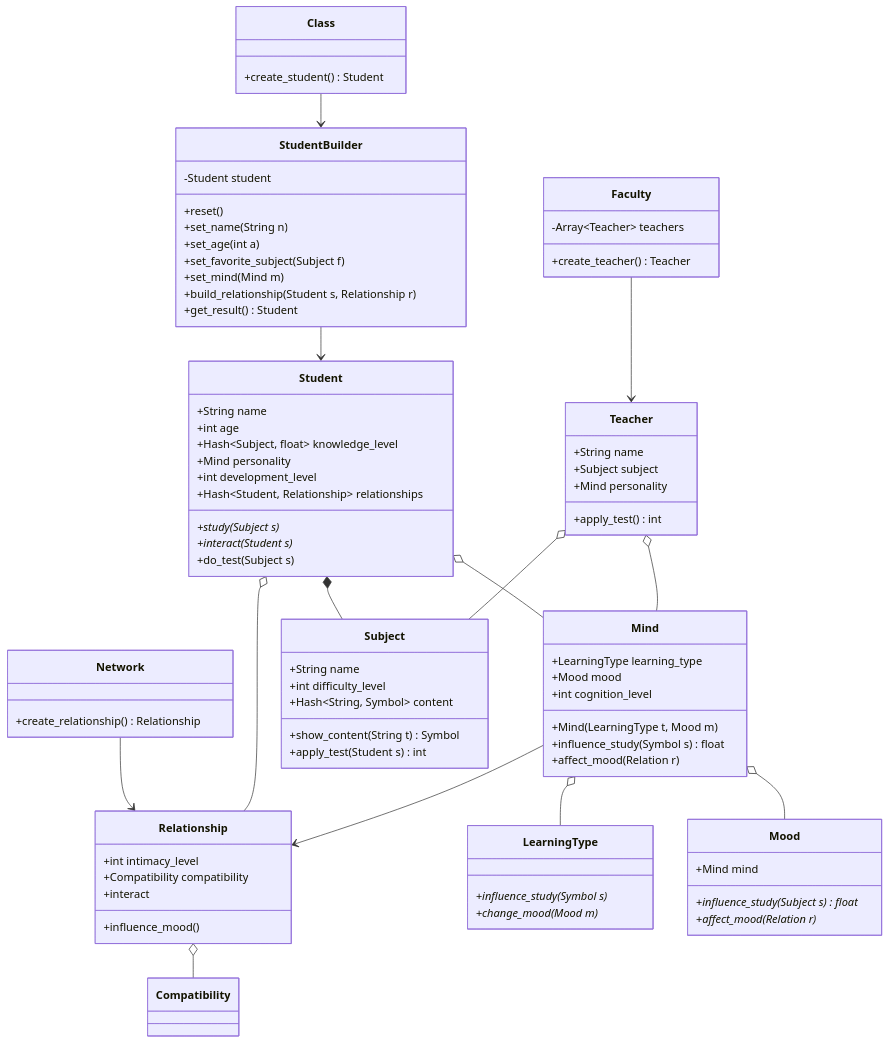
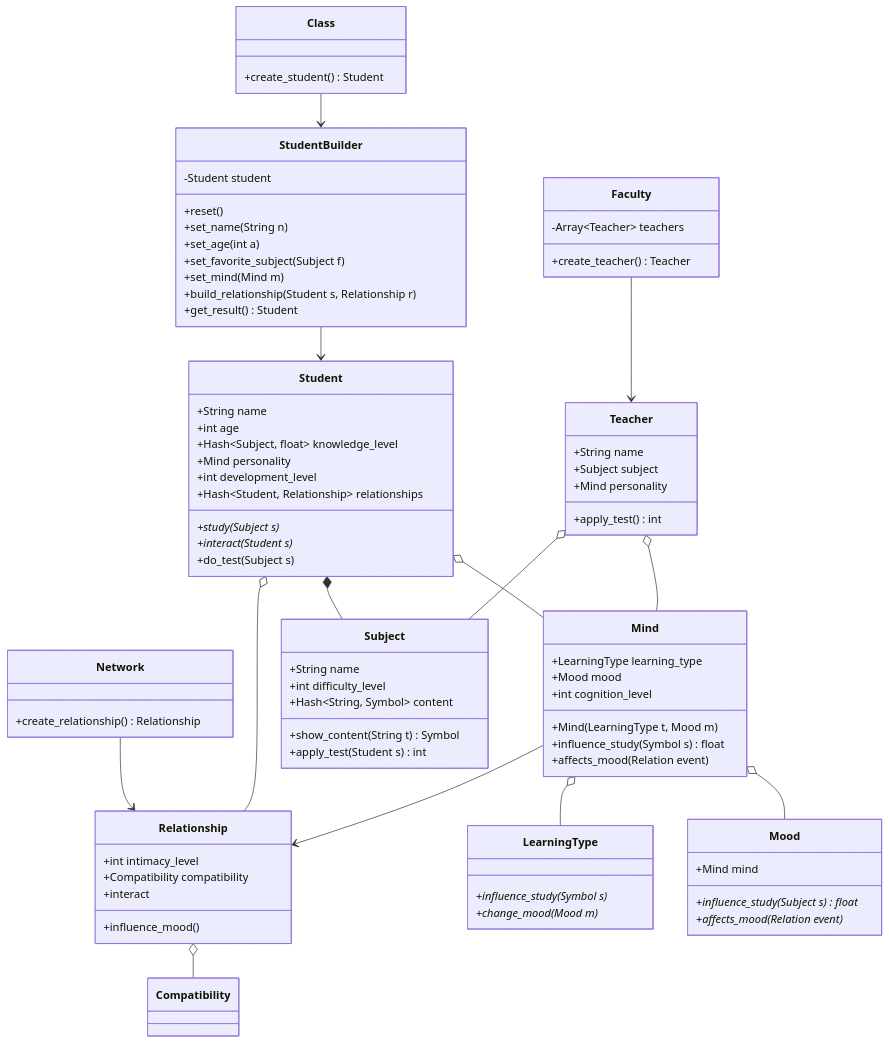
Before and after one commit to gabriel-moura2/up-a-mind-alley: the diagram in diagrams/classdiagram.md, drawn with Mermaid. The commit also changed 11 other files, not shown here.

```diff
--- a/diagrams/classdiagram.md
+++ b/diagrams/classdiagram.md
@@ -46,7 +46,7 @@
     +int cognition_level
     +Mind(LearningType t, Mood m)
     +influence_study(Symbol s) float
-    +affect_mood(Relation r)
+    +affects_mood(Relation event)
   }
   class LearningType{
     %%implementation
@@ -57,7 +57,7 @@
     %%state
     +Mind mind
     +influence_study(Subject s) float*
-    +affect_mood(Relation r)*
+    +affects_mood(Relation event)*
   }
   class Subject{
     +String name
```
